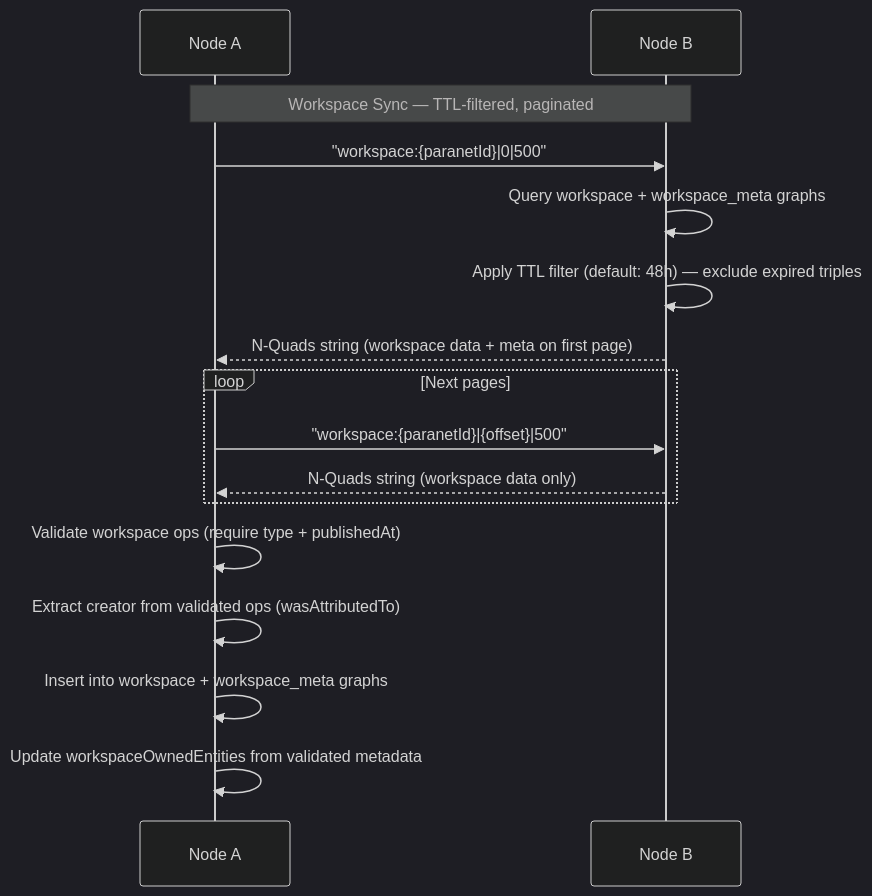
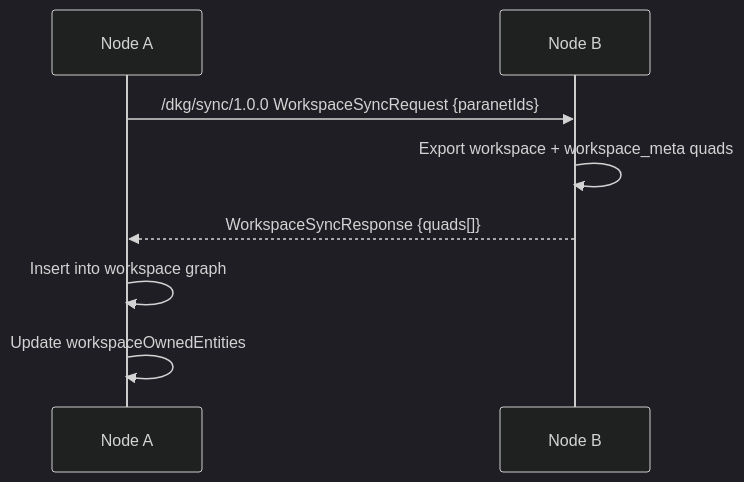
Diagram 13 of 18 in docs/v9-protocol-operations.md (OriginTrail/dkg-v9), drawn with Mermaid (dark theme) before and after one commit. The commit also changed other lines of this file and 12 other files, not shown here.

````diff
--- a/docs/v9-protocol-operations.md
+++ b/docs/v9-protocol-operations.md
@@ -687,22 +1053,13 @@
 ```mermaid
 sequenceDiagram
     participant A as Node A
     participant B as Node B
 
-    Note over A,B: Workspace Sync — TTL-filtered, paginated
+    A->>B: /dkg/sync/1.0.0 WorkspaceSyncRequest {paranetIds}
 
-    A->>B: "workspace:{paranetId}|0|500"
-    B->>B: Query workspace + workspace_meta graphs
-    B->>B: Apply TTL filter (default: 48h) — exclude expired triples
-    B-->>A: N-Quads string (workspace data + meta on first page)
+    B->>B: Export workspace + workspace_meta quads
+    B-->>A: WorkspaceSyncResponse {quads[]}
 
-    loop Next pages
-        A->>B: "workspace:{paranetId}|{offset}|500"
-        B-->>A: N-Quads string (workspace data only)
-    end
-
-    A->>A: Validate workspace ops (require type + publishedAt)
-    A->>A: Extract creator from validated ops (wasAttributedTo)
-    A->>A: Insert into workspace + workspace_meta graphs
-    A->>A: Update workspaceOwnedEntities from validated metadata
+    A->>A: Insert into workspace graph
+    A->>A: Update workspaceOwnedEntities
 ```
````
